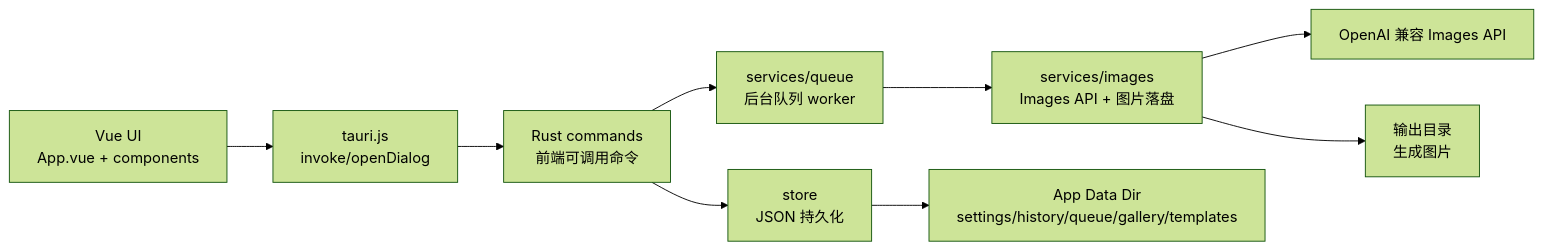
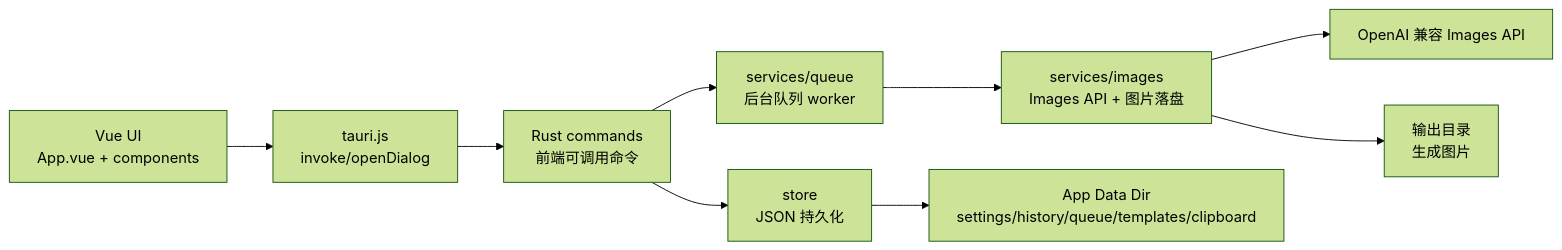
The first of 4 diagrams in docs/technical-design.md (Tairraos/image-forge), drawn with Mermaid (forest theme) before and after one commit. The commit also changed other lines of this file and 11 other files, not shown here.

````diff
--- a/docs/technical-design.md
+++ b/docs/technical-design.md
@@ -7,11 +7,11 @@
 ```mermaid
 flowchart LR
   UI["Vue UI\nApp.vue + components"] --> Bridge["tauri.js\ninvoke/openDialog"]
   Bridge --> Commands["Rust commands\n前端可调用命令"]
   Commands --> Store["store\nJSON 持久化"]
   Commands --> Queue["services/queue\n后台队列 worker"]
   Queue --> Images["services/images\nImages API + 图片落盘"]
   Images --> API["OpenAI 兼容 Images API"]
-  Store --> Files["App Data Dir\nsettings/history/queue/gallery/templates"]
+  Store --> Files["App Data Dir\nsettings/history/queue/templates/clipboard"]
   Images --> Outputs["输出目录\n生成图片"]
 ```
````
